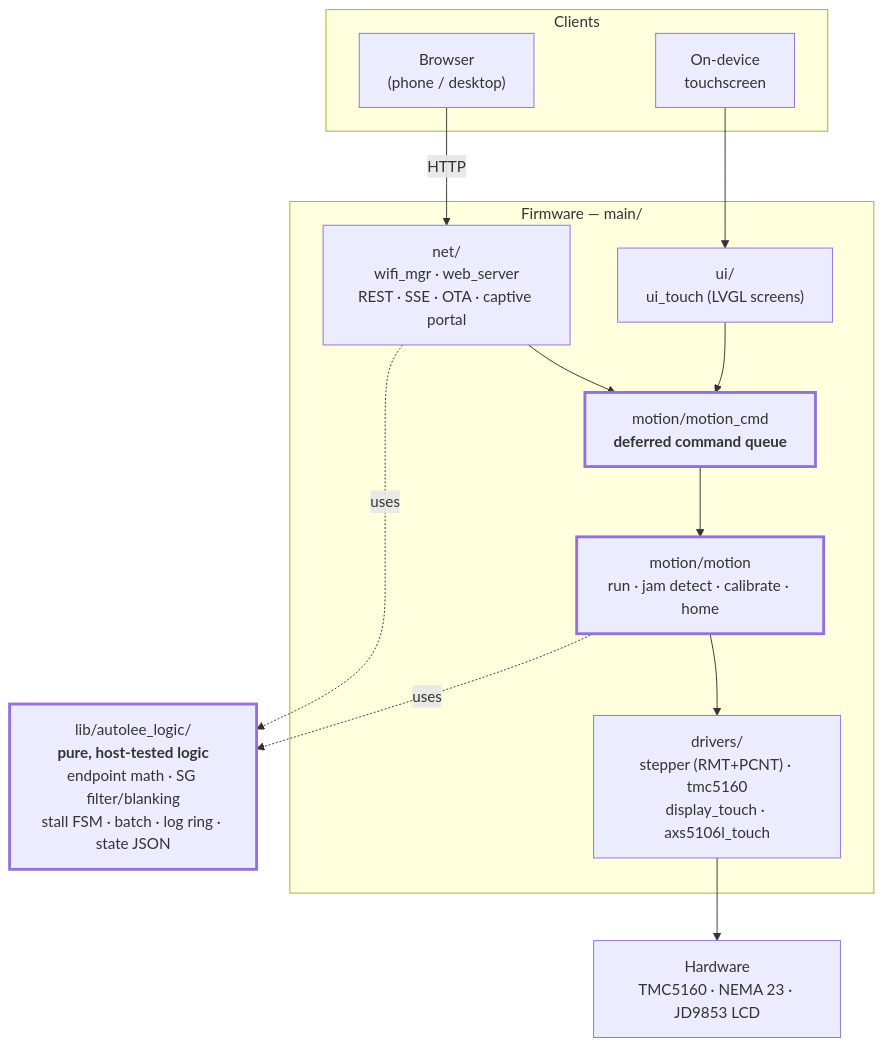
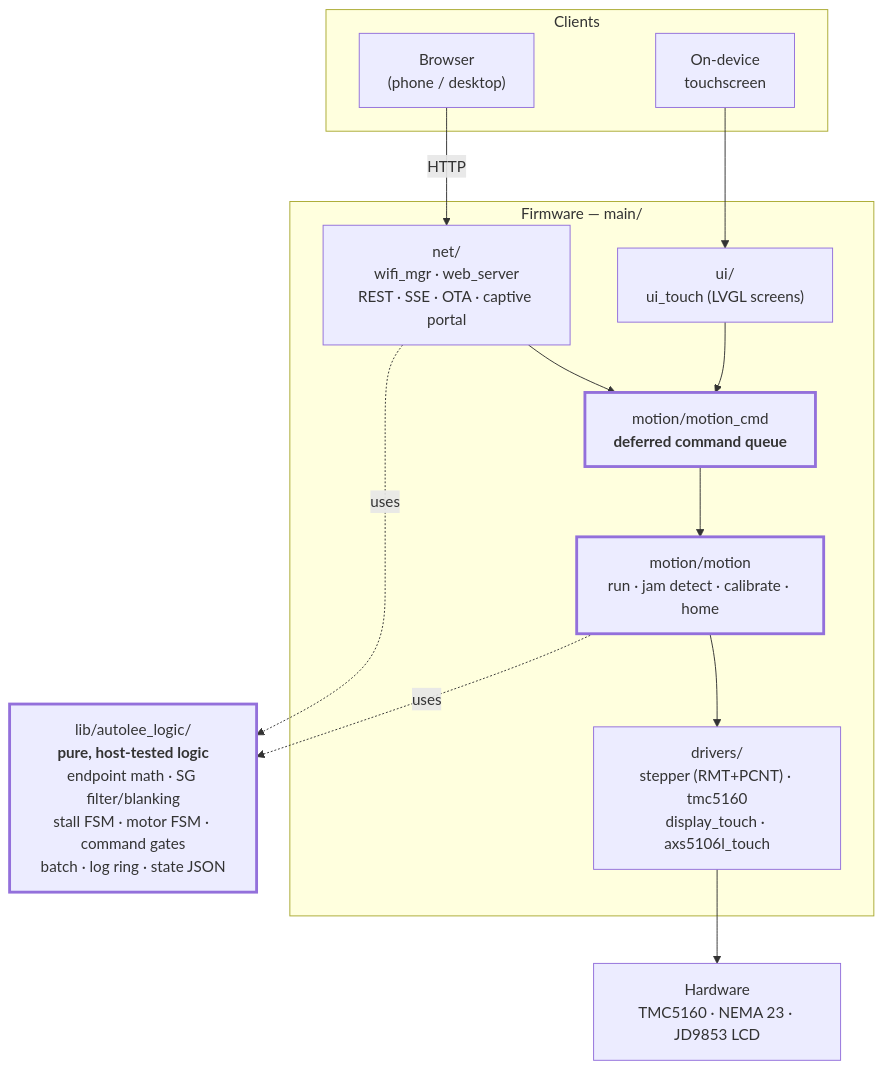
Before and after one commit to jimisola/AutoLee: the first of 5 diagrams in docs/ARCHITECTURE.md, drawn with Mermaid. The commit also changed other lines of this file and 4 other files, not shown here.

First line of the commit message:
docs: describe the post-merge control flow, and fix what was already wrong (#26)

````diff
--- a/docs/ARCHITECTURE.md
+++ b/docs/ARCHITECTURE.md
@@ -15,33 +15,33 @@
 ```mermaid
 flowchart TB
     subgraph clients["Clients"]
         BROWSER["Browser<br/>(phone / desktop)"]
         TOUCH["On-device<br/>touchscreen"]
     end
 
     subgraph fw["Firmware — main/"]
         NET["net/<br/>wifi_mgr · web_server<br/>REST · SSE · OTA · captive portal"]
         UI["ui/<br/>ui_touch (LVGL screens)"]
         CMD["motion/motion_cmd<br/><b>deferred command queue</b>"]
         MOTION["motion/motion<br/>run · jam detect · calibrate · home"]
         DRV["drivers/<br/>stepper (RMT+PCNT) · tmc5160<br/>display_touch · axs5106l_touch"]
     end
 
-    CORE["lib/autolee_logic/<br/><b>pure, host-tested logic</b><br/>endpoint math · SG filter/blanking<br/>stall FSM · batch · log ring · state JSON"]
+    CORE["lib/autolee_logic/<br/><b>pure, host-tested logic</b><br/>endpoint math · SG filter/blanking<br/>stall FSM · motor FSM · command gates<br/>batch · log ring · state JSON"]
     HW["Hardware<br/>TMC5160 · NEMA 23 · JD9853 LCD"]
 
     BROWSER -->|HTTP| NET
     TOUCH --> UI
     NET --> CMD
     UI --> CMD
     CMD --> MOTION
     MOTION --> DRV
     DRV --> HW
 
     MOTION -.uses.-> CORE
     NET -.uses.-> CORE
 
     style CMD stroke-width:3px
     style CORE stroke-width:3px
     style MOTION stroke-width:3px
 ```
````
